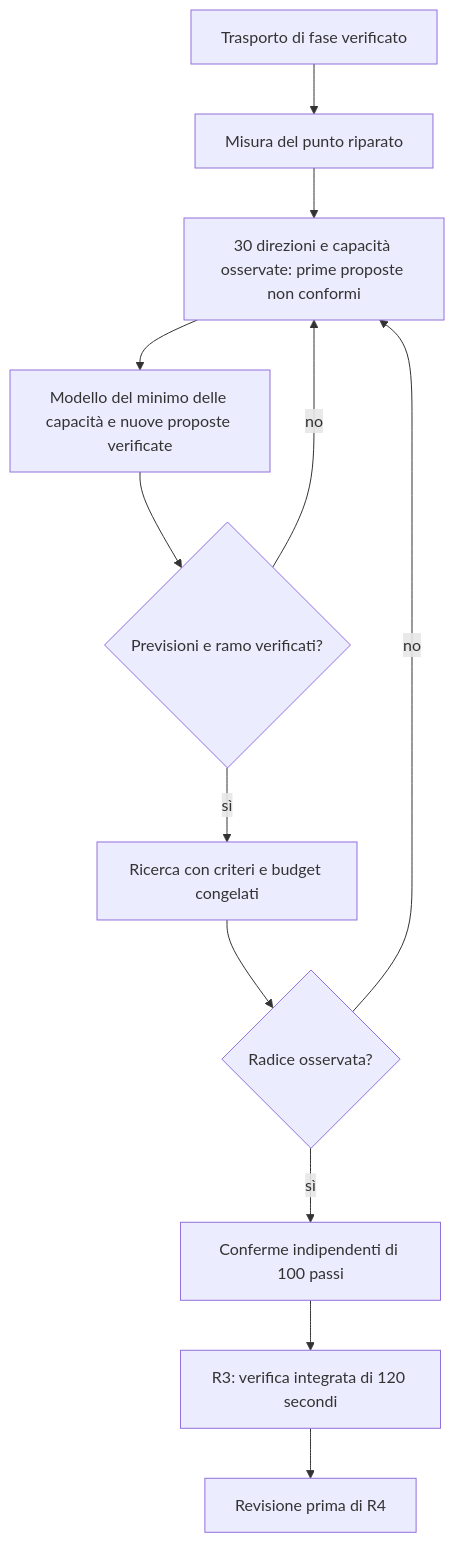
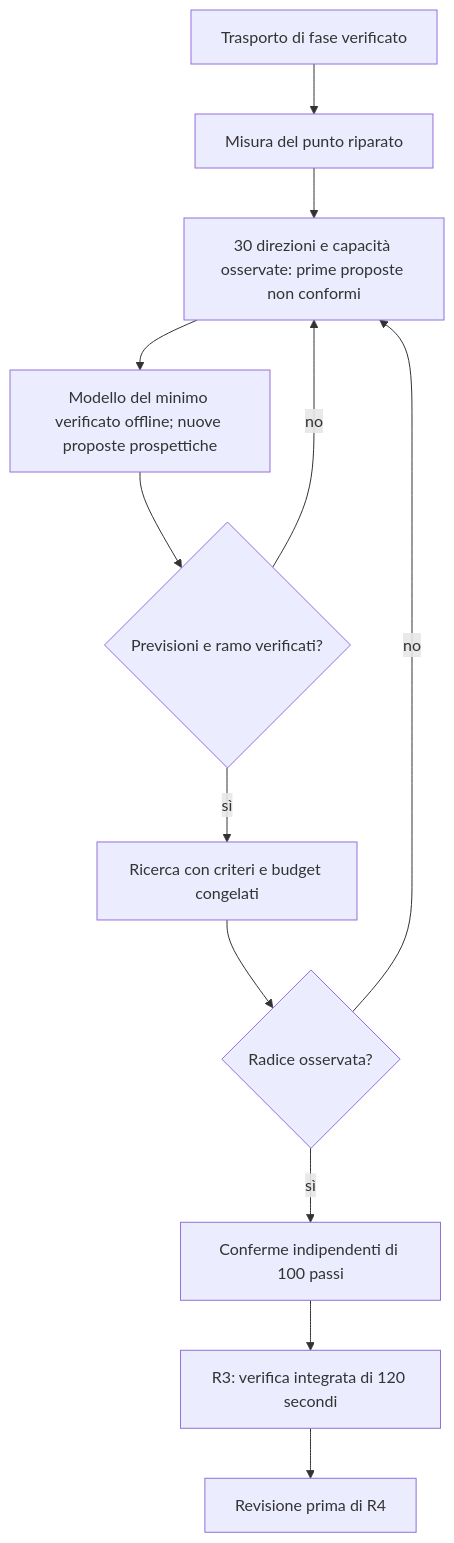
One commit to archistico/NuclearReactorSimulator changed the first of 2 diagrams in docs/ROADMAP.md. Above: the diagram before and after it, drawn with Mermaid. The commit also changed other lines of this file and 18 other files, not shown here.

````diff
--- a/docs/ROADMAP.md
+++ b/docs/ROADMAP.md
@@ -60,14 +63,14 @@
 ```mermaid
 flowchart TD
     R["Trasporto di fase verificato"] --> M["Misura del punto riparato"]
     M --> S["30 direzioni e capacità osservate: prime proposte non conformi"]
-    S --> A["Modello del minimo delle capacità e nuove proposte verificate"]
+    S --> A["Modello del minimo verificato offline; nuove proposte prospettiche"]
     A --> B{"Previsioni e ramo verificati?"}
     B -->|"no"| S
     B -->|"sì"| C["Ricerca con criteri e budget congelati"]
     C --> D{"Radice osservata?"}
     D -->|"no"| S
     D -->|"sì"| E["Conferme indipendenti di 100 passi"]
     E --> F["R3: verifica integrata di 120 secondi"]
     F --> G["Revisione prima di R4"]
 ```
````
